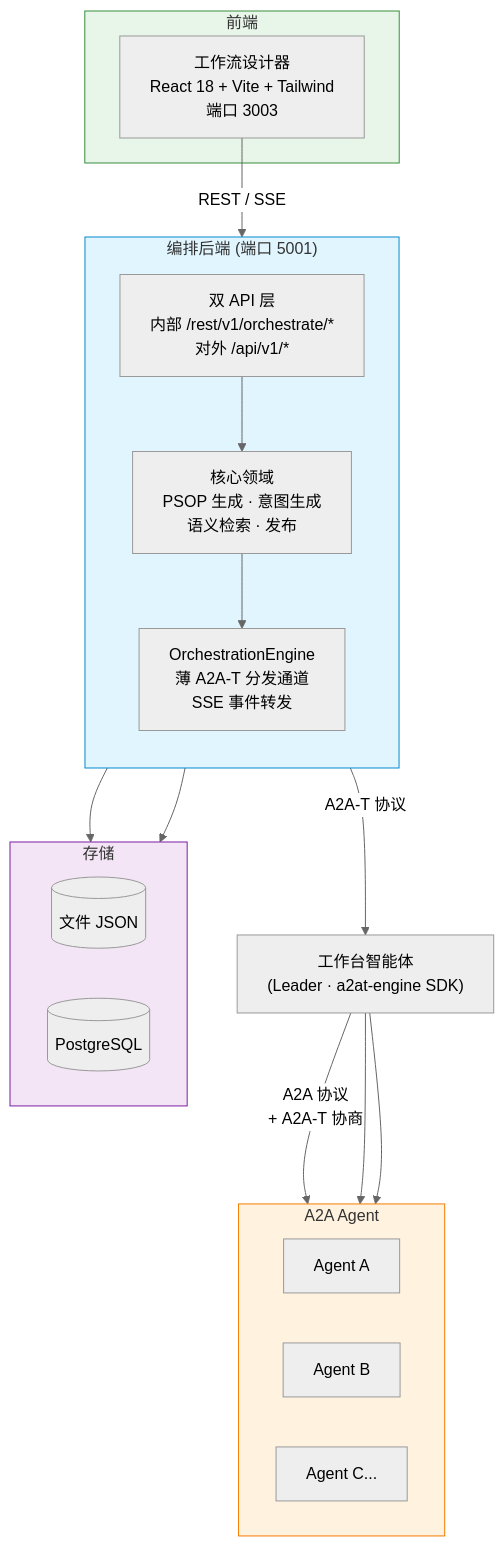
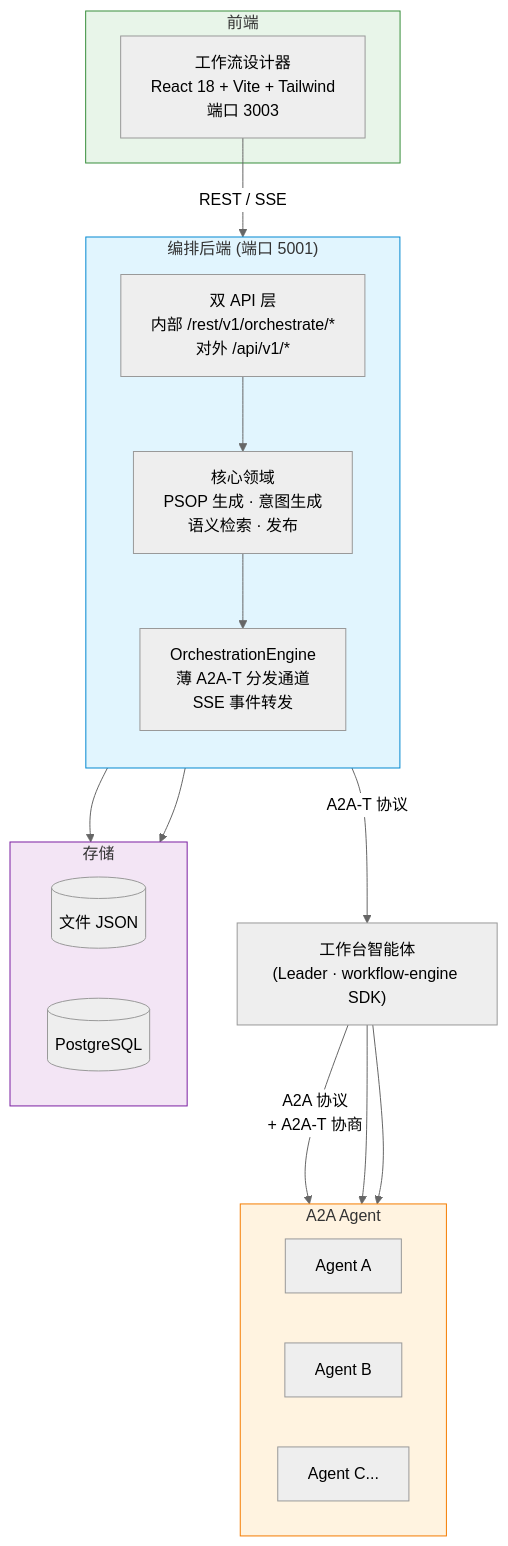
The second of 2 diagrams in README_zh.md (Zhoujie628/orchestration-center), drawn with Mermaid (neutral theme) before and after one commit. The commit also changed other lines of this file and 9 other files, not shown here.

First line of the commit message:
refactor: switch SDK dependency from a2at-engine to workflow-exec-engine

````diff
--- a/README_zh.md
+++ b/README_zh.md
@@ -191,41 +191,41 @@
 ```mermaid
 flowchart TB
     subgraph frontend["前端"]
         wd["工作流设计器<br/>React 18 + Vite + Tailwind<br/>端口 3003"]
     end
 
     subgraph backend["编排后端 (端口 5001)"]
         direction TB
         api["双 API 层<br/>内部 /rest/v1/orchestrate/*<br/>对外 /api/v1/*"]
         domain["核心领域<br/>PSOP 生成 · 意图生成<br/>语义检索 · 发布"]
         engine["OrchestrationEngine<br/>薄 A2A-T 分发通道<br/>SSE 事件转发"]
     end
 
     subgraph storage["存储"]
         direction LR
         file[("文件 JSON")]
         pg[("PostgreSQL")]
     end
 
     subgraph agents["A2A Agent"]
         direction LR
         a1["Agent A"]
         a2["Agent B"]
         a3["Agent C..."]
     end
 
     wd -->|"REST / SSE"| api
     api --> domain
     domain --> engine
     engine --> file
     engine --> pg
-    engine -->|"A2A-T 协议"| wb["工作台智能体<br/>(Leader · a2at-engine SDK)"]
+    engine -->|"A2A-T 协议"| wb["工作台智能体<br/>(Leader · workflow-engine SDK)"]
     wb -->|"A2A 协议<br/>+ A2A-T 协商"| a1
     wb --> a2
     wb --> a3
 
     style backend fill:#e1f5fe,stroke:#0288d1
     style frontend fill:#e8f5e9,stroke:#388e3c
     style storage fill:#f3e5f5,stroke:#7b1fa2
     style agents fill:#fff3e0,stroke:#f57c00
 ```
````
